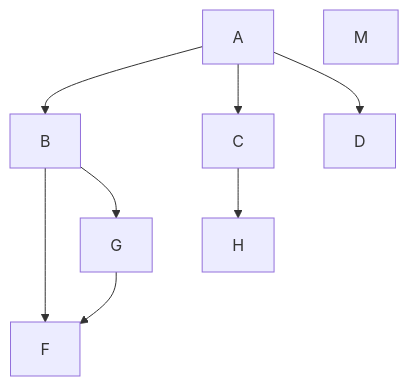
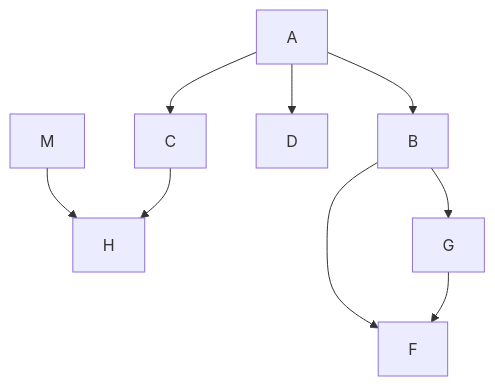
One commit to MIKEHHQ/Markdown changed the first of 4 diagrams in README.md. Above: the diagram before and after it, drawn with Mermaid. The commit also changed other lines of this file and 22 other files, not shown here.

````diff
--- a/README.md
+++ b/README.md
@@ -21,11 +19,11 @@
 ```mermaid
 graph TD;
     A-->B;
     A-->C;
     A-->D;
-    M;
+    M-->H;
     B-->F;
     B-->G;
     G-->F
     C-->H;
 ```
````
